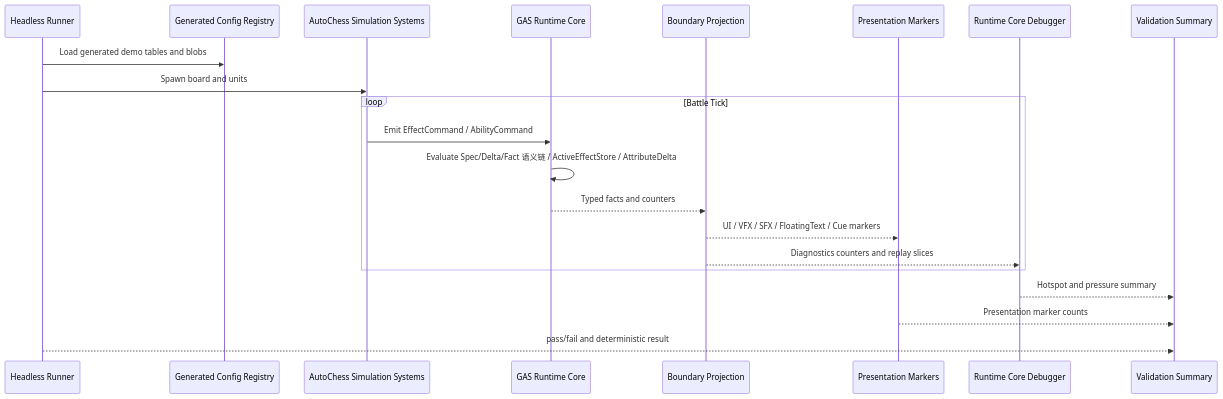
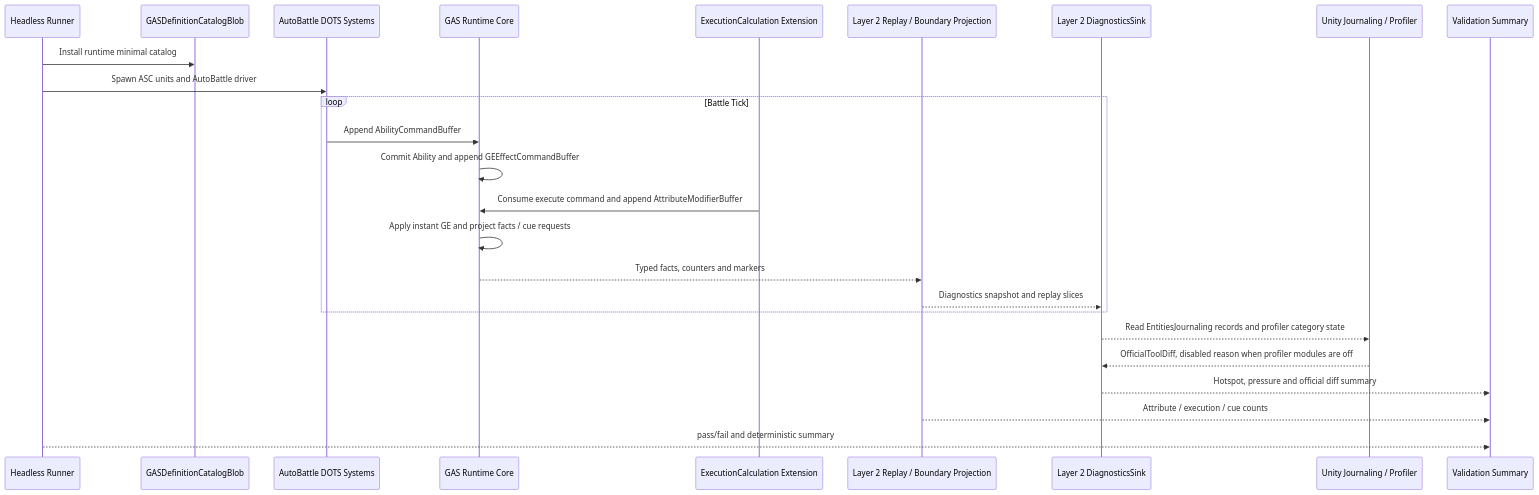
Before and after one commit to Bo-ki/gameplay-ability-system-for-unity: the second of 3 diagrams in 方案讨论/针对2.0的ECS架构的迭代方案讨论/01-目标态架构共识/10-AutoChess无头验收Spec.md, drawn with Mermaid. The commit also changed other lines of this file and 72 other files, not shown here.

Commit message:
runtime: 重构 GAS 调试与自走棋验收链路

````diff
--- a/方案讨论/针对2.0的ECS架构的迭代方案讨论/01-目标态架构共识/10-AutoChess无头验收Spec.md
+++ b/方案讨论/针对2.0的ECS架构的迭代方案讨论/01-目标态架构共识/10-AutoChess无头验收Spec.md
@@ -321,24 +351,28 @@
 ```mermaid
 sequenceDiagram
     participant Runner as Headless Runner
-    participant Config as Generated Config Registry
-    participant Sim as AutoChess Simulation Systems
+    participant Catalog as GASDefinitionCatalogBlob
+    participant Sim as AutoBattle DOTS Systems
     participant GAS as GAS Runtime Core
-    participant Obs as Boundary Projection
-    participant Pres as Presentation Markers
-    participant Debug as Runtime Core Debugger
+    participant Exec as ExecutionCalculation Extension
+    participant Obs as Layer 2 Replay / Boundary Projection
+    participant Debug as Layer 2 DiagnosticsSink
+    participant Unity as Unity Journaling / Profiler
     participant Report as Validation Summary
 
-    Runner->>Config: Load generated demo tables and blobs
-    Runner->>Sim: Spawn board and units
+    Runner->>Catalog: Install runtime minimal catalog
+    Runner->>Sim: Spawn ASC units and AutoBattle driver
     loop Battle Tick
-        Sim->>GAS: Emit EffectCommand / AbilityCommand
-        GAS->>GAS: Evaluate Spec/Delta/Fact 语义链 / ActiveEffectStore / AttributeDelta
-        GAS-->>Obs: Typed facts and counters
-        Obs-->>Pres: UI / VFX / SFX / FloatingText / Cue markers
-        Obs-->>Debug: Diagnostics counters and replay slices
+        Sim->>GAS: Append AbilityCommandBuffer
+        GAS->>GAS: Commit Ability and append GEEffectCommandBuffer
+        Exec->>GAS: Consume execute command and append AttributeModifierBuffer
+        GAS->>GAS: Apply instant GE and project facts / cue requests
+        GAS-->>Obs: Typed facts, counters and markers
+        Obs-->>Debug: Diagnostics snapshot and replay slices
     end
-    Debug-->>Report: Hotspot and pressure summary
-    Pres-->>Report: Presentation marker counts
-    Runner-->>Report: pass/fail and deterministic result
+    Debug-->>Unity: Read EntitiesJournaling records and profiler category state
+    Unity-->>Debug: OfficialToolDiff, disabled reason when profiler modules are off
+    Debug-->>Report: Hotspot, pressure and official diff summary
+    Obs-->>Report: Attribute / execution / cue counts
+    Runner-->>Report: pass/fail and deterministic summary
 ```
````
